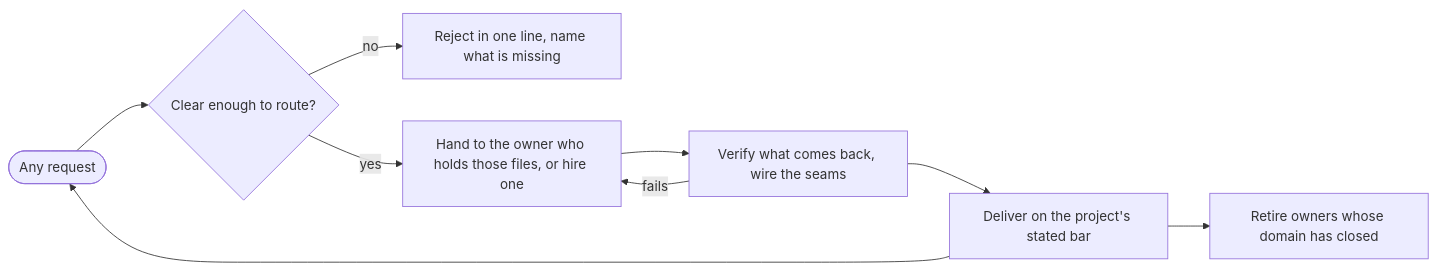
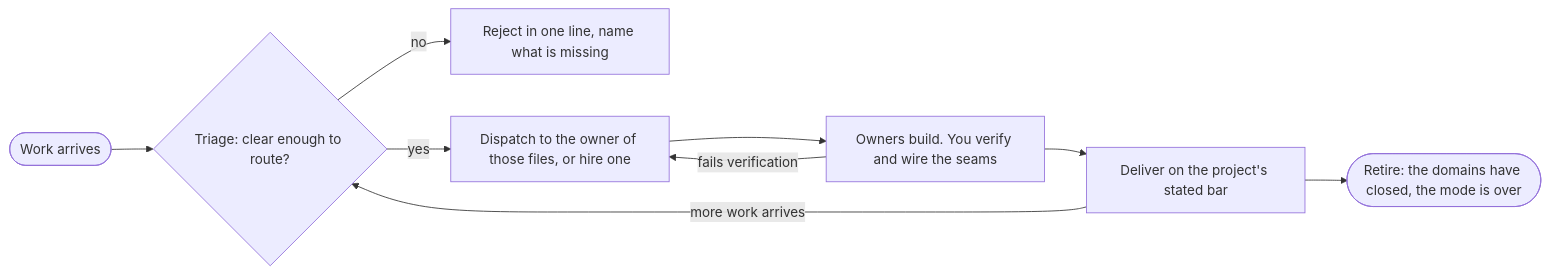
The diagram in skills/mode/modes/swarm.md (EthanITA/Mode), drawn with Mermaid before and after one commit. The commit also changed other lines of this file and 2 other files, not shown here.

Commit message:
feat(swarm): triage, dispatch, deliver, and retire as the terminal step

````diff
--- a/skills/mode/modes/swarm.md
+++ b/skills/mode/modes/swarm.md
@@ -22,11 +22,11 @@
 ```mermaid
 flowchart LR
-    R([Any request]) --> T{Clear enough to route?}
+    R([Work arrives]) --> T{Triage: clear enough to route?}
     T -- no --> X[Reject in one line, name what is missing]
-    T -- yes --> H[Hand to the owner who holds those files, or hire one]
-    H --> V[Verify what comes back, wire the seams]
-    V -- fails --> H
-    V --> D[Deliver on the project's stated bar]
-    D --> R
-    D --> C[Retire owners whose domain has closed]
+    T -- yes --> D[Dispatch to the owner of those files, or hire one]
+    D --> W[Owners build. You verify and wire the seams]
+    W -- fails verification --> D
+    W --> L[Deliver on the project's stated bar]
+    L -- more work arrives --> T
+    L --> C([Retire: the domains have closed, the mode is over])
 ```
````
